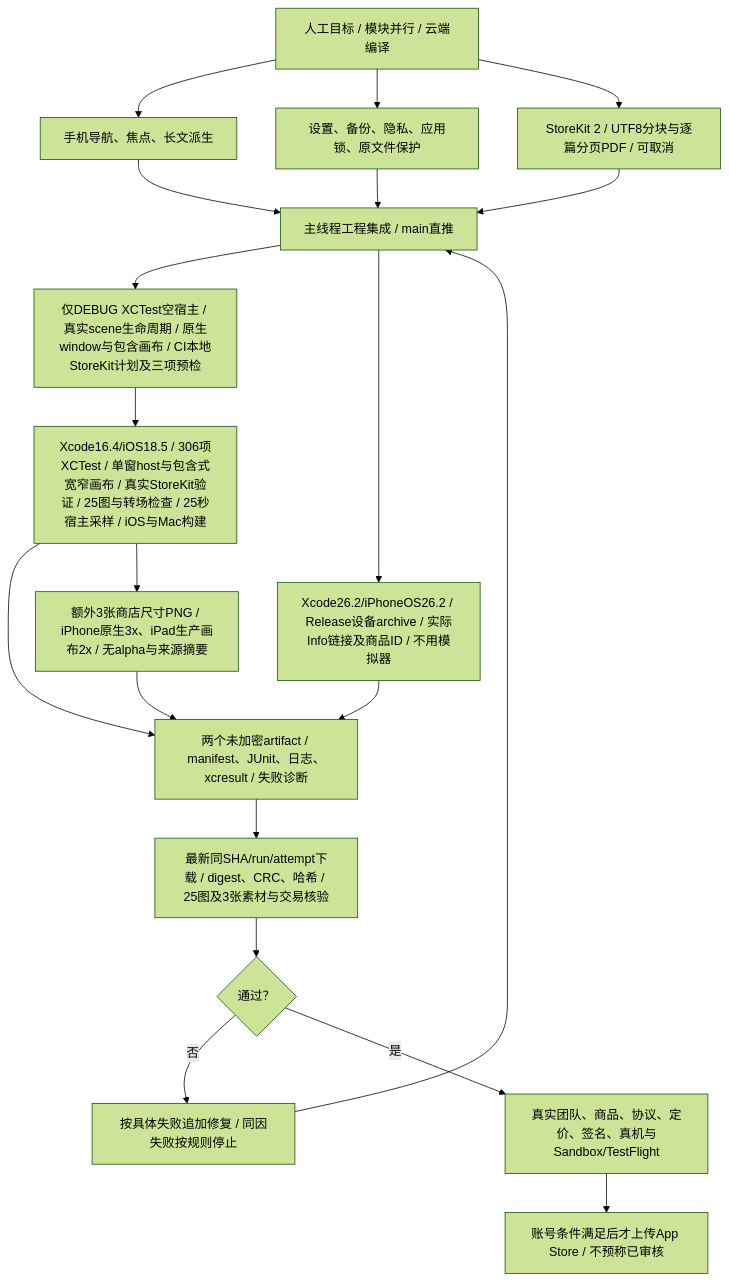
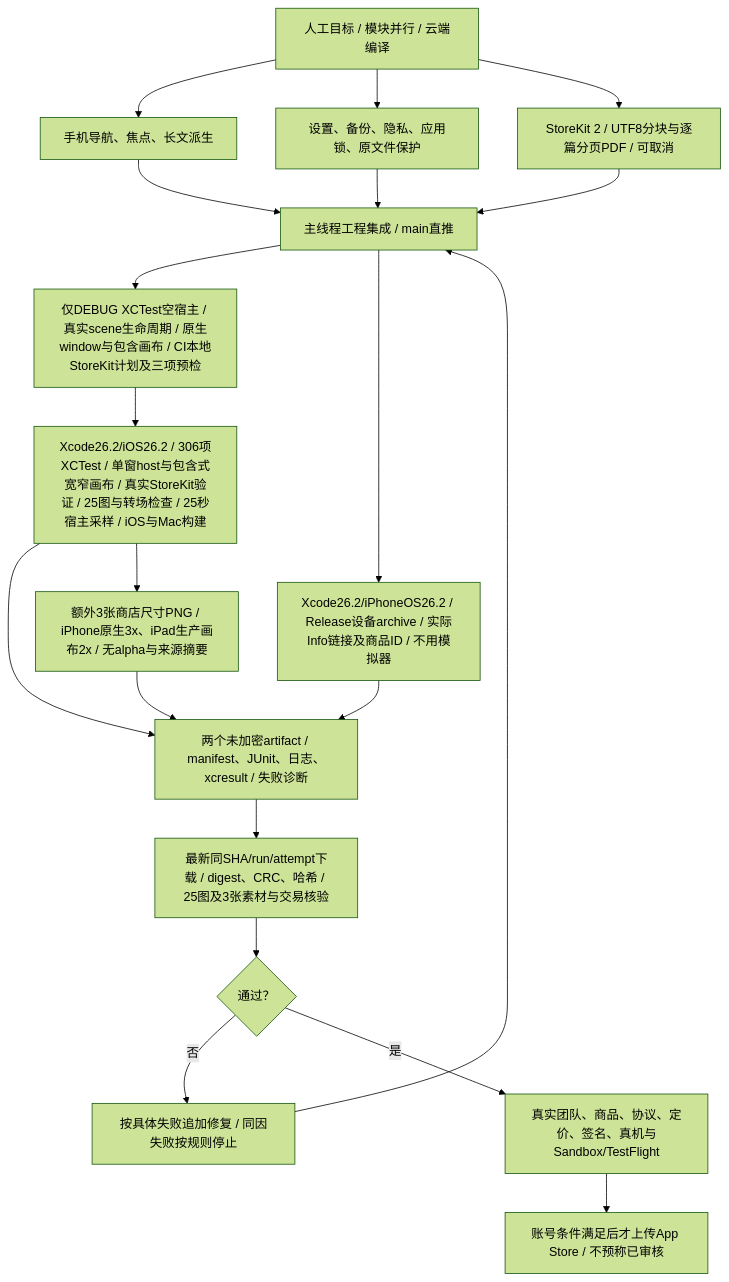
One commit to Altman-sam114/117 changed the fourth of 4 diagrams in md/flow/flowchart.md. Above: the diagram before and after it, drawn with Mermaid (forest theme). The commit also changed other lines of this file and 8 other files, not shown here.

````diff
--- a/md/flow/flowchart.md
+++ b/md/flow/flowchart.md
@@ -67,22 +69,22 @@
 ```mermaid
 flowchart TD
   User["人工目标 / 模块并行 / 云端编译"] --> Mobile["手机导航、焦点、长文派生"]
   User --> Safety["设置、备份、隐私、应用锁、原文件保护"]
   User --> Pro["StoreKit 2 / UTF8分块与逐篇分页PDF / 可取消"]
   Mobile --> Integrate["主线程工程集成 / main直推"]
   Safety --> Integrate
   Pro --> Integrate
   Integrate --> TestHost["仅DEBUG XCTest空宿主 / 真实scene生命周期 / 原生window与包含画布 / CI本地StoreKit计划及三项预检"]
-  TestHost --> Regression["Xcode16.4/iOS18.5 / 306项XCTest / 单窗host与包含式宽窄画布 / 真实StoreKit验证 / 25图与转场检查 / 25秒宿主采样 / iOS与Mac构建"]
+  TestHost --> Regression["Xcode26.2/iOS26.2 / 306项XCTest / 单窗host与包含式宽窄画布 / 真实StoreKit验证 / 25图与转场检查 / 25秒宿主采样 / iOS与Mac构建"]
   Integrate --> Archive["Xcode26.2/iPhoneOS26.2 / Release设备archive / 实际Info链接及商品ID / 不用模拟器"]
   Regression --> Results["两个未加密artifact / manifest、JUnit、日志、xcresult / 失败诊断"]
   Archive --> Results
   Regression --> StoreImages["额外3张商店尺寸PNG / iPhone原生3x、iPad生产画布2x / 无alpha与来源摘要"]
   StoreImages --> Results
   Results --> Review["最新同SHA/run/attempt下载 / digest、CRC、哈希 / 25图及3张素材与交易核验"]
   Review --> Gate{"通过？"}
   Gate -- "否" --> Fix["按具体失败追加修复 / 同因失败按规则停止"]
   Fix --> Integrate
   Gate -- "是" --> Account["真实团队、商品、协议、定价、签名、真机与Sandbox/TestFlight"]
   Account --> Upload["账号条件满足后才上传App Store / 不预称已审核"]
 ```
````
